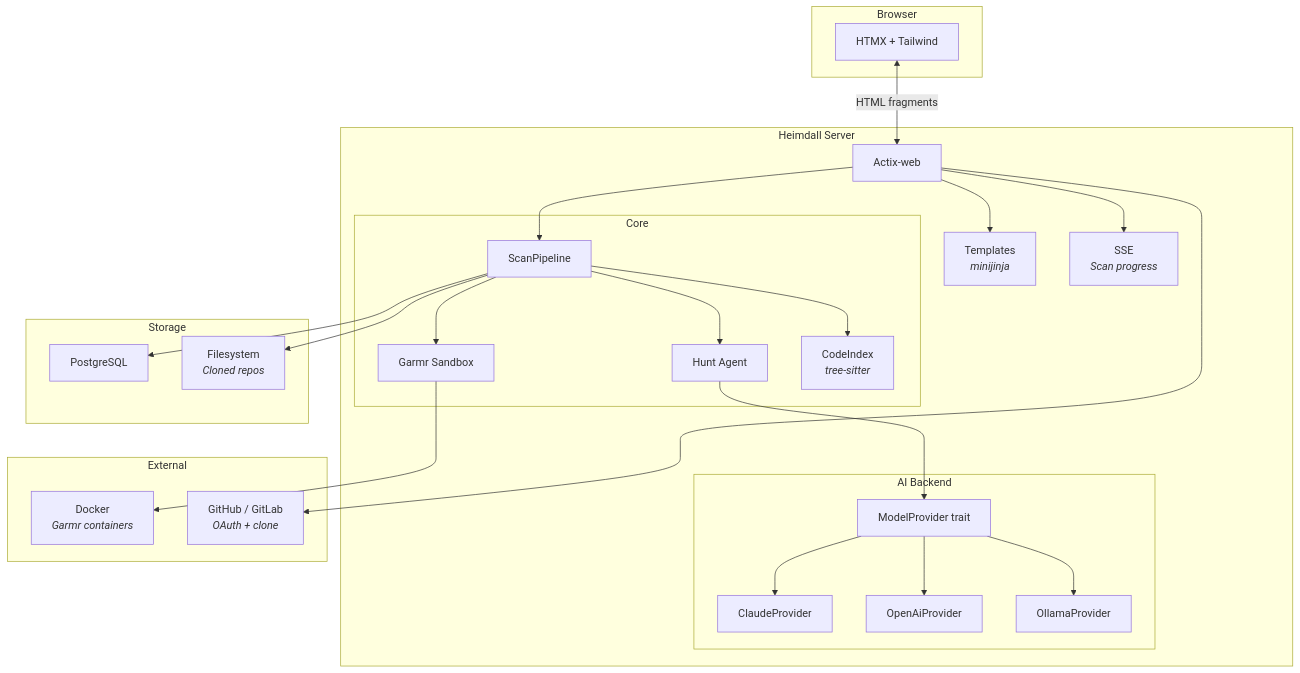
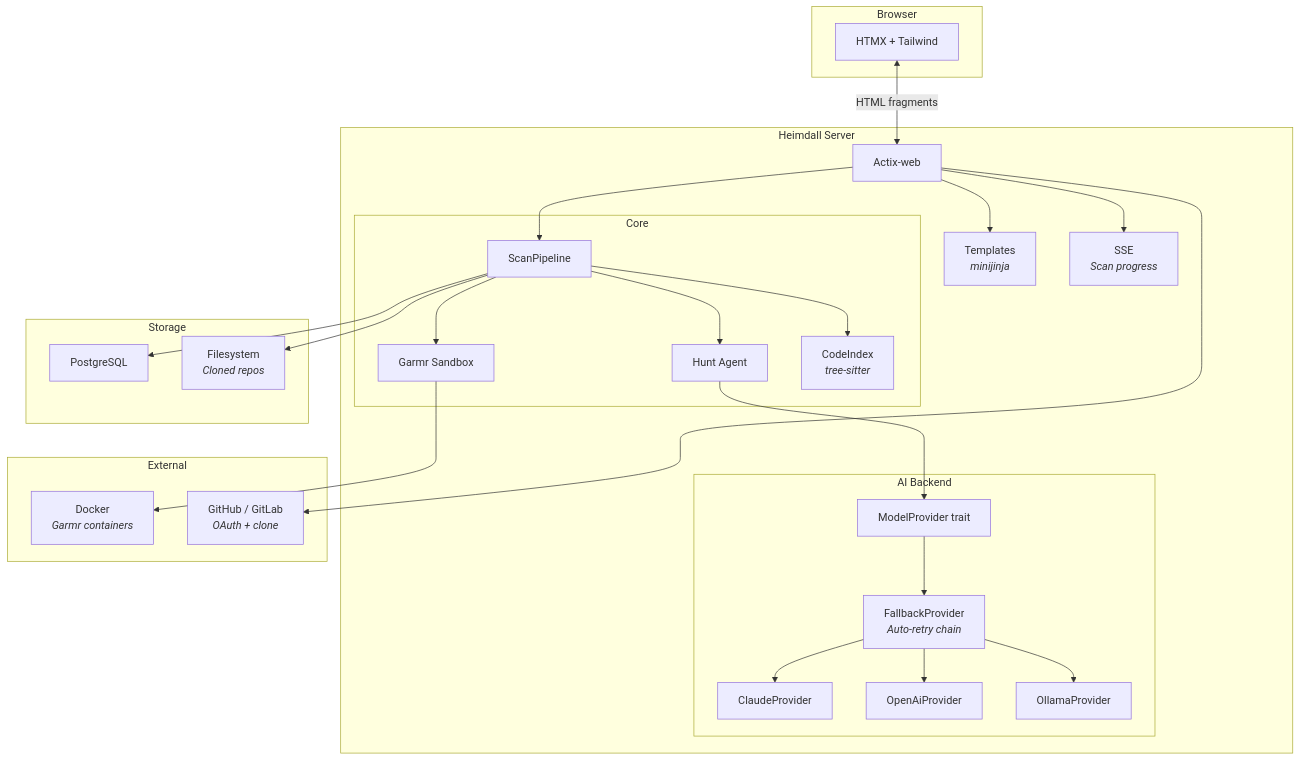
Before and after one commit to iamngoni/heimdall: the third of 6 diagrams in README.md, drawn with Mermaid. The commit also changed other lines of this file and 4 other files, not shown here.

Commit message:
docs: 📚 Update README, improve flow and add details feat: ✨ Add screenshot to README and assets feat: ✨ Introduce worker and fallback provider in README fix: 🐛 Add CSRF token fetch on scan cancel request

````diff
--- a/README.md
+++ b/README.md
@@ -343,52 +346,54 @@
 ```mermaid
 graph TB
     subgraph Client["Browser"]
         HTMX["HTMX + Tailwind"]
     end
 
     subgraph Server["Heimdall Server"]
         AW["Actix-web"]
         TPL["Templates\n<i>minijinja</i>"]
         SSE["SSE\n<i>Scan progress</i>"]
 
         subgraph Core["Core"]
             Pipeline["ScanPipeline"]
             Hunt["Hunt Agent"]
             Garmr["Garmr Sandbox"]
             CodeIndex["CodeIndex\n<i>tree-sitter</i>"]
         end
 
         subgraph AI["AI Backend"]
             MP["ModelProvider trait"]
+            FB["FallbackProvider\n<i>Auto-retry chain</i>"]
             Claude["ClaudeProvider"]
             OpenAI["OpenAiProvider"]
             Ollama["OllamaProvider"]
         end
     end
 
     subgraph Storage["Storage"]
         PG["PostgreSQL"]
         FS["Filesystem\n<i>Cloned repos</i>"]
     end
 
     subgraph External["External"]
         Docker["Docker\n<i>Garmr containers</i>"]
         GH["GitHub / GitLab\n<i>OAuth + clone</i>"]
     end
 
     HTMX <-->|HTML fragments| AW
     AW --> TPL
     AW --> SSE
     AW --> Pipeline
     Pipeline --> CodeIndex
     Pipeline --> Hunt
     Pipeline --> Garmr
     Hunt --> MP
     Garmr --> Docker
-    MP --> Claude
-    MP --> OpenAI
-    MP --> Ollama
+    MP --> FB
+    FB --> Claude
+    FB --> OpenAI
+    FB --> Ollama
     Pipeline --> PG
     Pipeline --> FS
     AW --> GH
 ```
````
